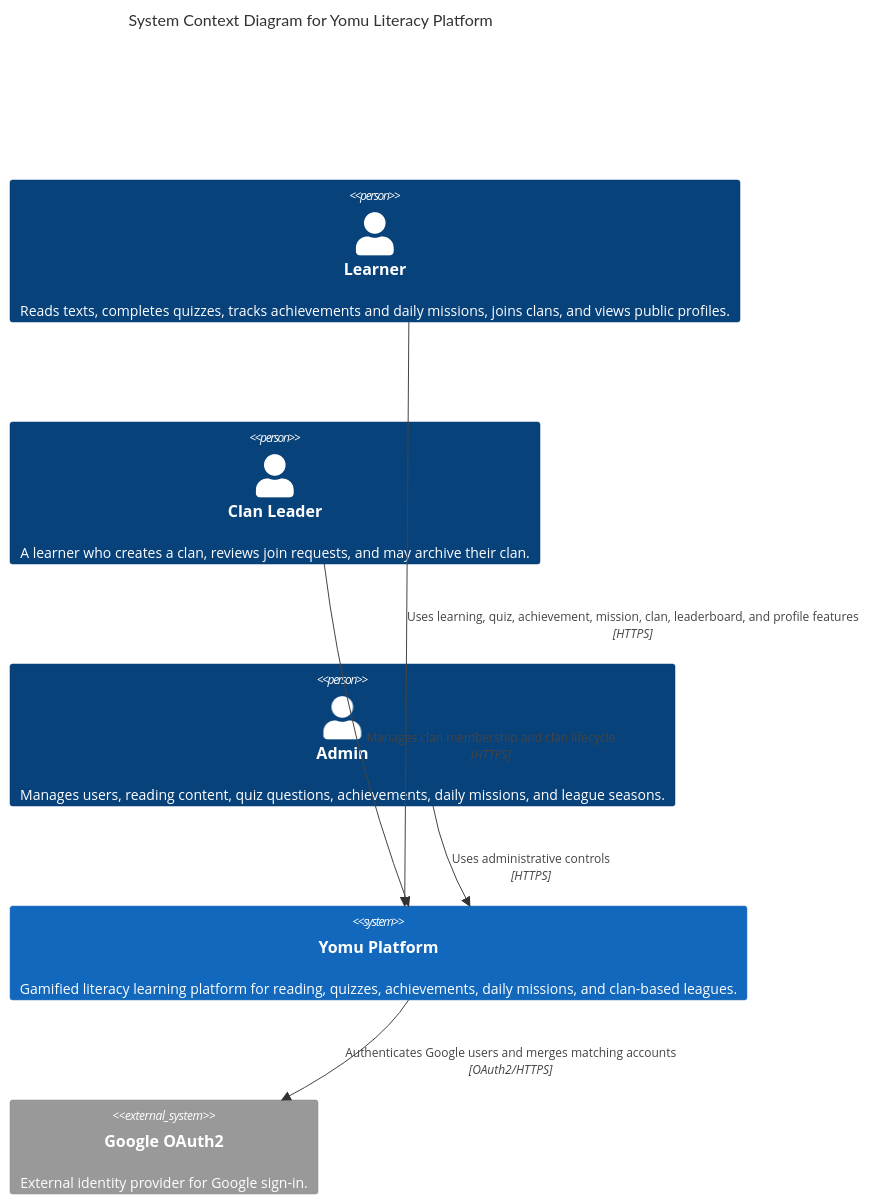
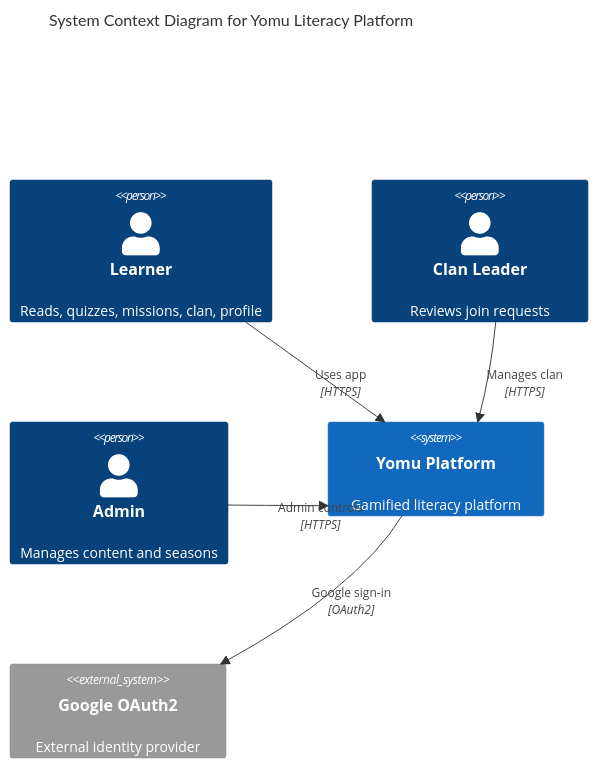
One commit to adpro-2026-B19-project/yomu changed the first of 10 diagrams in README.md. Above: the diagram before and after it, drawn with Mermaid. The commit also changed other lines of this file, not shown here.

````diff
--- a/README.md
+++ b/README.md
@@ -131,16 +131,18 @@
 ```mermaid
 C4Context
 title System Context Diagram for Yomu Literacy Platform
 
-Person(learner, "Learner", "Reads texts, completes quizzes, tracks achievements and daily missions, joins clans, and views public profiles.")
-Person(clan_leader, "Clan Leader", "A learner who creates a clan, reviews join requests, and may archive their clan.")
-Person(admin, "Admin", "Manages users, reading content, quiz questions, achievements, daily missions, and league seasons.")
+Person(learner, "Learner", "Reads, quizzes, missions, clan, profile")
+Person(clan_leader, "Clan Leader", "Reviews join requests")
+Person(admin, "Admin", "Manages content and seasons")
 
-System(yomu, "Yomu Platform", "Gamified literacy learning platform for reading, quizzes, achievements, daily missions, and clan-based leagues.")
-System_Ext(google_oauth, "Google OAuth2", "External identity provider for Google sign-in.")
+System(yomu, "Yomu Platform", "Gamified literacy platform")
+System_Ext(google_oauth, "Google OAuth2", "External identity provider")
 
-Rel(learner, yomu, "Uses learning, quiz, achievement, mission, clan, leaderboard, and profile features", "HTTPS")
-Rel(clan_leader, yomu, "Manages clan membership and clan lifecycle", "HTTPS")
-Rel(admin, yomu, "Uses administrative controls", "HTTPS")
-Rel(yomu, google_oauth, "Authenticates Google users and merges matching accounts", "OAuth2/HTTPS")
+Rel(learner, yomu, "Uses app", "HTTPS")
+Rel(clan_leader, yomu, "Manages clan", "HTTPS")
+Rel(admin, yomu, "Admin controls", "HTTPS")
+Rel(yomu, google_oauth, "Google sign-in", "OAuth2")
+
+UpdateLayoutConfig($c4ShapeInRow="3", $c4BoundaryInRow="1")
 ```
````
